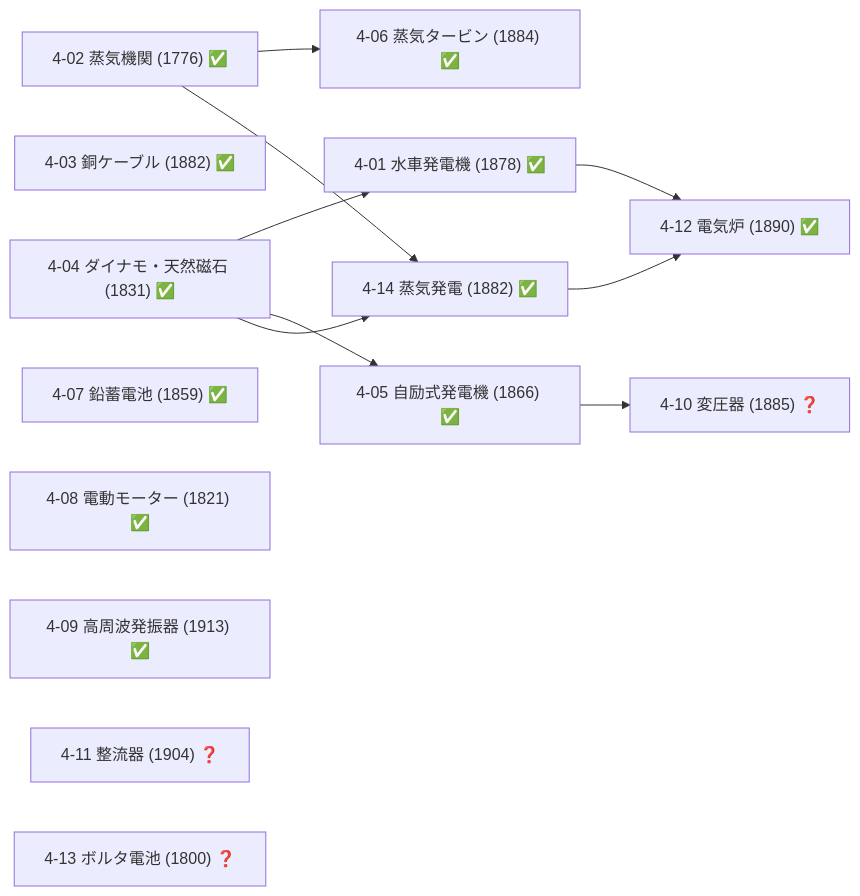
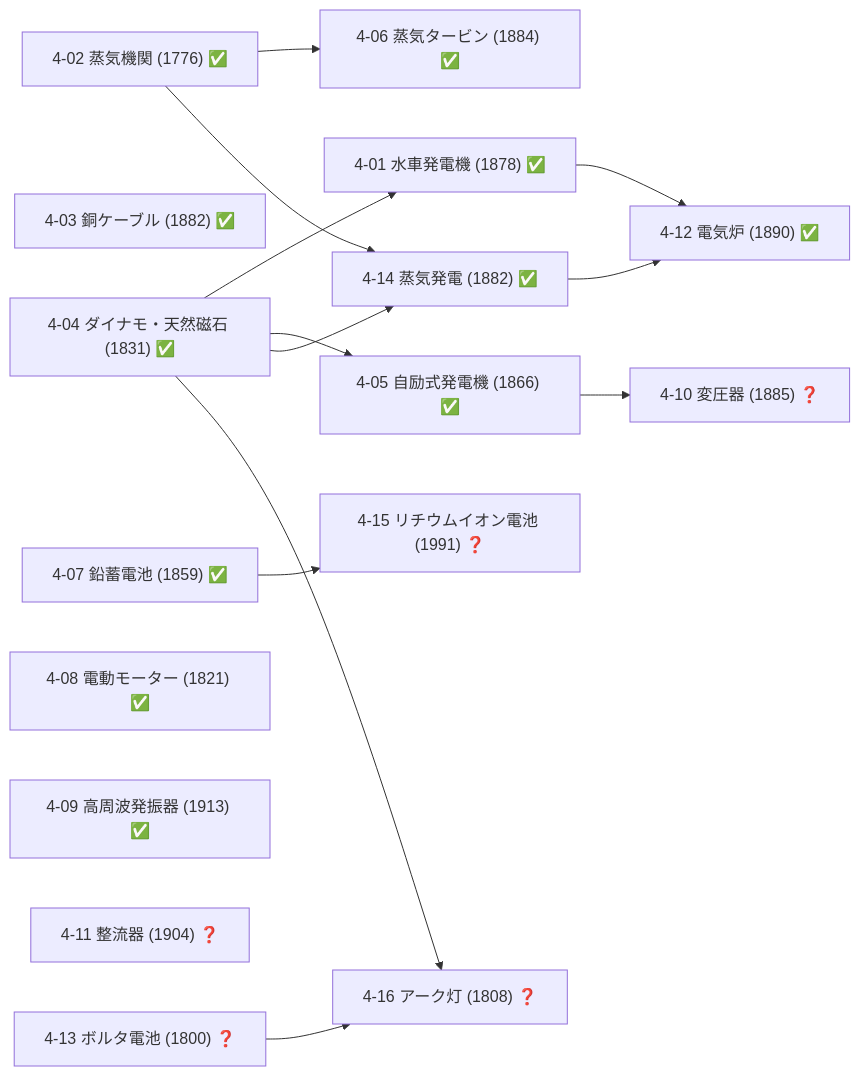
Before and after one commit to taku3i0317-collab/semiconductor-lab: the seventh of 19 diagrams in docs/TECH_TREE_VIEW.md, drawn with Mermaid. The commit also changed other lines of this file and 5 other files, not shown here.

````diff
--- a/docs/TECH_TREE_VIEW.md
+++ b/docs/TECH_TREE_VIEW.md
@@ -358,25 +360,30 @@
 ```mermaid
 graph LR
   n4_01["4-01 水車発電機 (1878) ✅"]
   n4_02["4-02 蒸気機関 (1776) ✅"]
   n4_03["4-03 銅ケーブル (1882) ✅"]
   n4_04["4-04 ダイナモ・天然磁石 (1831) ✅"]
   n4_05["4-05 自励式発電機 (1866) ✅"]
   n4_06["4-06 蒸気タービン (1884) ✅"]
   n4_07["4-07 鉛蓄電池 (1859) ✅"]
   n4_08["4-08 電動モーター (1821) ✅"]
   n4_09["4-09 高周波発振器 (1913) ✅"]
   n4_10["4-10 変圧器 (1885) ❓"]
   n4_11["4-11 整流器 (1904) ❓"]
   n4_12["4-12 電気炉 (1890) ✅"]
   n4_13["4-13 ボルタ電池 (1800) ❓"]
   n4_14["4-14 蒸気発電 (1882) ✅"]
+  n4_15["4-15 リチウムイオン電池 (1991) ❓"]
+  n4_16["4-16 アーク灯 (1808) ❓"]
   n4_04-->n4_01
   n4_04-->n4_05
   n4_02-->n4_06
   n4_05-->n4_10
   n4_01-->n4_12
   n4_14-->n4_12
   n4_02-->n4_14
   n4_04-->n4_14
+  n4_07-->n4_15
+  n4_04-->n4_16
+  n4_13-->n4_16
 ```
````
